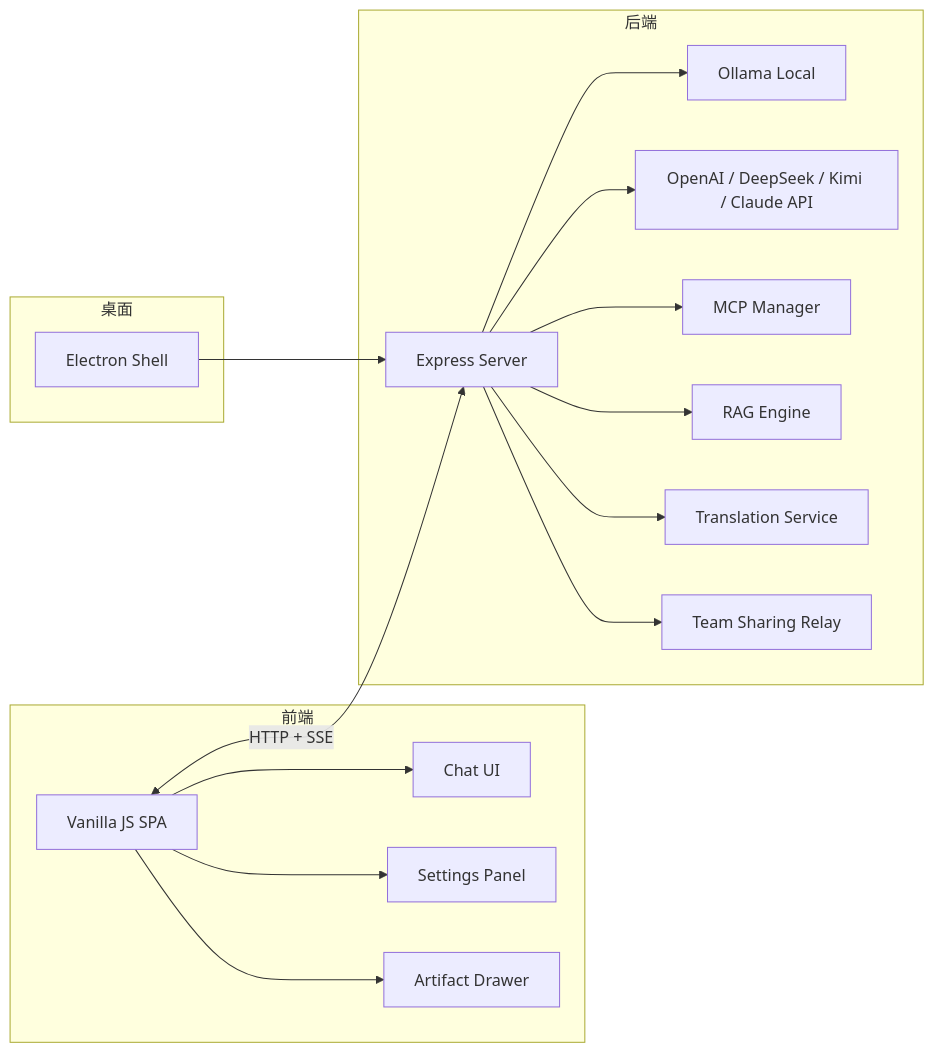
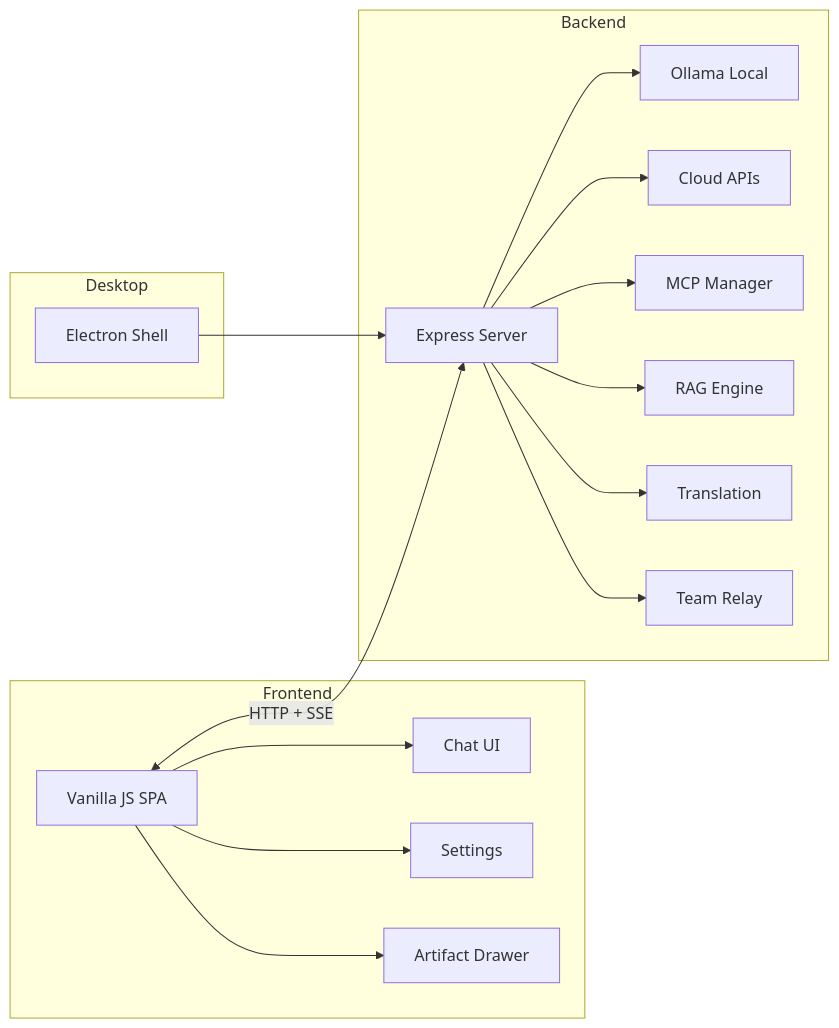
The diagram in README.md (YPDWHM/EchoMuse), drawn with Mermaid before and after one commit. The commit also changed other lines of this file and 1 other file, not shown here.

````diff
--- a/README.md
+++ b/README.md
@@ -51,24 +179,24 @@
 ```mermaid
 graph LR
-  subgraph 前端
+  subgraph Frontend
     A[Vanilla JS SPA] --> B[Chat UI]
-    A --> C[Settings Panel]
+    A --> C[Settings]
     A --> D[Artifact Drawer]
   end
 
-  subgraph 后端
+  subgraph Backend
     E[Express Server]
     E --> F[Ollama Local]
-    E --> G[OpenAI / DeepSeek / Kimi / Claude API]
+    E --> G[Cloud APIs]
     E --> H[MCP Manager]
     E --> I[RAG Engine]
-    E --> J[Translation Service]
-    E --> K[Team Sharing Relay]
+    E --> J[Translation]
+    E --> K[Team Relay]
   end
 
   A <-->|HTTP + SSE| E
 
-  subgraph 桌面
+  subgraph Desktop
     L[Electron Shell] --> E
   end
 ```
````
